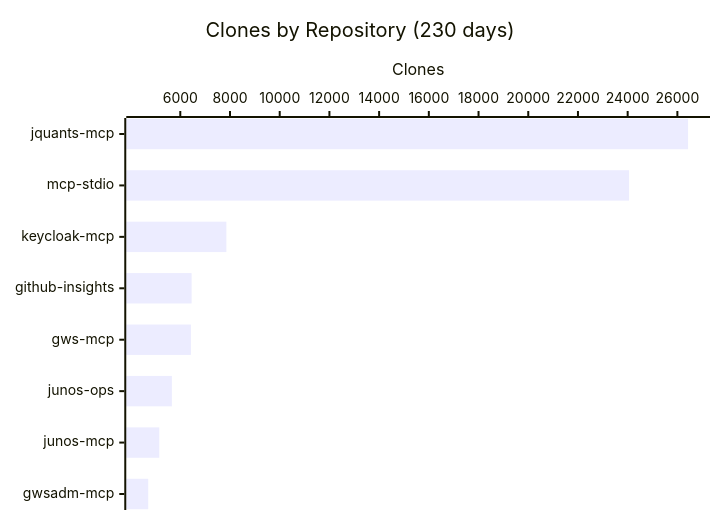
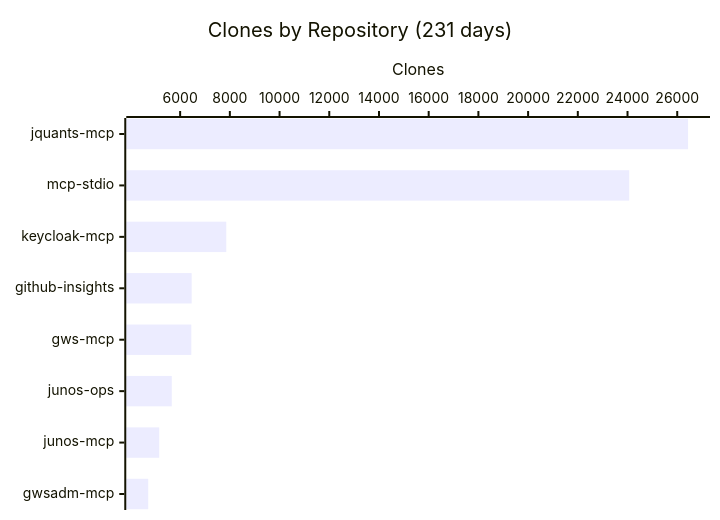
The fourth of 4 diagrams in README.md (shigechika/github-insights), drawn with Mermaid before and after one commit. The commit also changed other lines of this file and 1 other file, not shown here.

````diff
--- a/README.md
+++ b/README.md
@@ -58,7 +58,7 @@
 ```mermaid
 xychart-beta horizontal
-    title "Clones by Repository (230 days)"
+    title "Clones by Repository (231 days)"
     x-axis ["jquants-mcp", "mcp-stdio", "keycloak-mcp", "github-insights", "gws-mcp", "junos-ops", "junos-mcp", "gwsadm-mcp"]
     y-axis "Clones"
-    bar [26430, 24056, 7854, 6455, 6427, 5662, 5155, 4709]
+    bar [26436, 24069, 7856, 6463, 6449, 5663, 5158, 4715]
 ```
````
